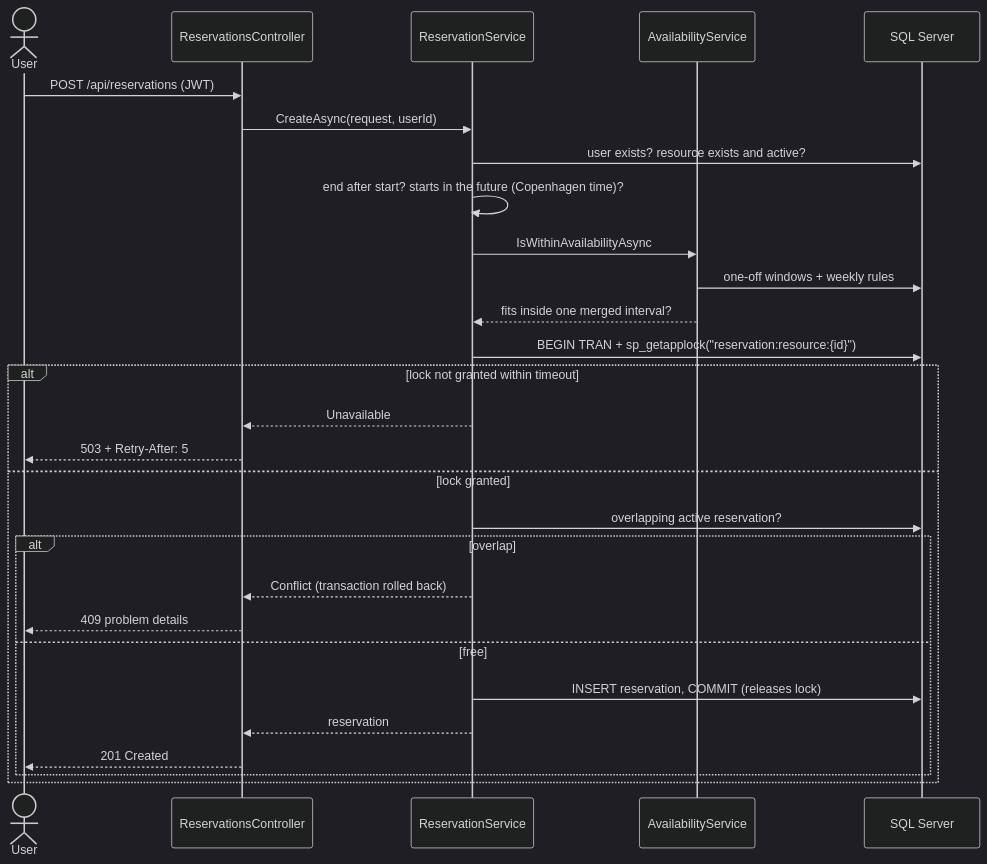
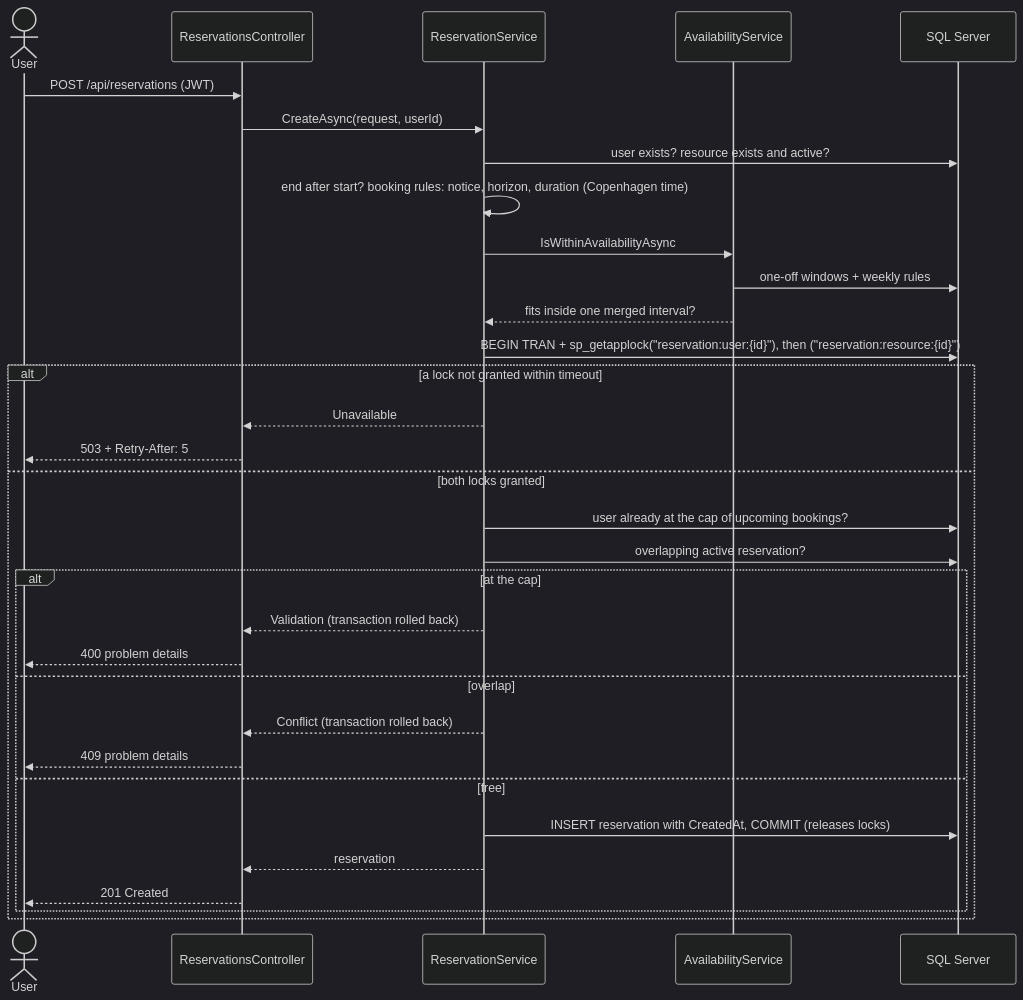
The second of 4 diagrams in docs/architecture.md (Andershgras/resource-reservation-system), drawn with Mermaid (dark theme) before and after one commit. The commit also changed other lines of this file and 8 other files, not shown here.

First line of the commit message:
Document booking rules, moving bookings and reservation history

````diff
--- a/docs/architecture.md
+++ b/docs/architecture.md
@@ -48,31 +48,35 @@
 ```mermaid
 sequenceDiagram
     actor User
     participant C as ReservationsController
     participant S as ReservationService
     participant A as AvailabilityService
     participant DB as SQL Server
 
     User->>C: POST /api/reservations (JWT)
     C->>S: CreateAsync(request, userId)
     S->>DB: user exists? resource exists and active?
-    S->>S: end after start? starts in the future (Copenhagen time)?
+    S->>S: end after start? booking rules: notice, horizon, duration (Copenhagen time)
     S->>A: IsWithinAvailabilityAsync
     A->>DB: one-off windows + weekly rules
     A-->>S: fits inside one merged interval?
-    S->>DB: BEGIN TRAN + sp_getapplock("reservation:resource:{id}")
-    alt lock not granted within timeout
+    S->>DB: BEGIN TRAN + sp_getapplock("reservation:user:{id}"), then ("reservation:resource:{id}")
+    alt a lock not granted within timeout
         S-->>C: Unavailable
         C-->>User: 503 + Retry-After: 5
-    else lock granted
+    else both locks granted
+        S->>DB: user already at the cap of upcoming bookings?
         S->>DB: overlapping active reservation?
-        alt overlap
+        alt at the cap
+            S-->>C: Validation (transaction rolled back)
+            C-->>User: 400 problem details
+        else overlap
             S-->>C: Conflict (transaction rolled back)
             C-->>User: 409 problem details
         else free
-            S->>DB: INSERT reservation, COMMIT (releases lock)
+            S->>DB: INSERT reservation with CreatedAt, COMMIT (releases locks)
             S-->>C: reservation
             C-->>User: 201 Created
         end
     end
 ```
````
